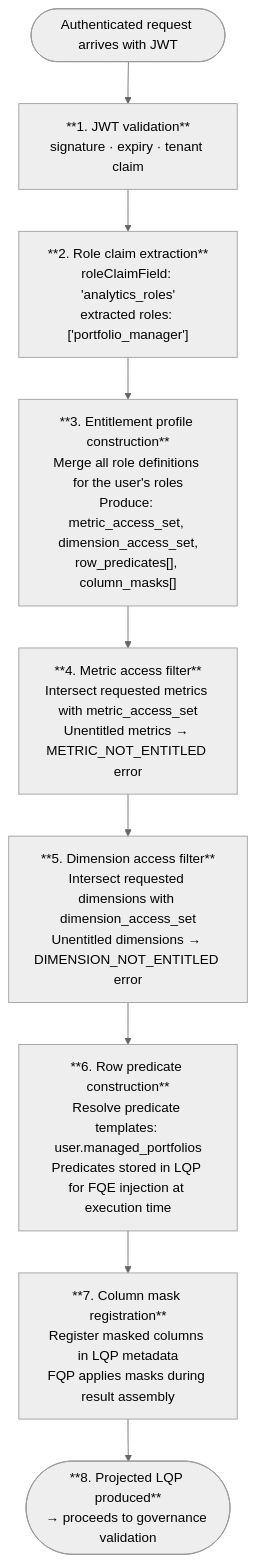
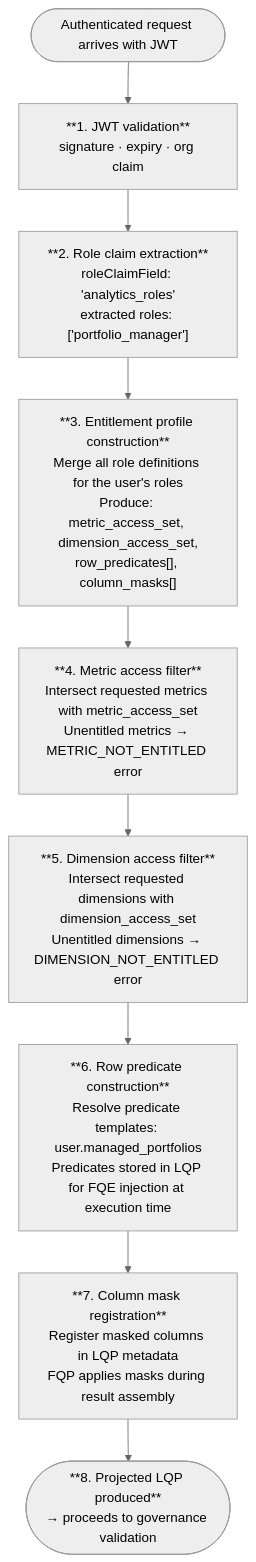
One commit to M-A-Operating-System/shared-work changed the fourth of 6 diagrams in docs/product/analytics/02-core-capabilities.md. Above: the diagram before and after it, drawn with Mermaid (neutral theme). The commit also changed other lines of this file and 6 other files, not shown here.

````diff
--- a/docs/product/analytics/02-core-capabilities.md
+++ b/docs/product/analytics/02-core-capabilities.md
@@ -548,14 +548,14 @@
 ```mermaid
 flowchart TD
     START(["Authenticated request arrives with JWT"])
-    S1["**1. JWT validation**\nsignature · expiry · tenant claim"]
+    S1["**1. JWT validation**\nsignature · expiry · org claim"]
     S2["**2. Role claim extraction**\nroleClaimField: 'analytics_roles'\nextracted roles: ['portfolio_manager']"]
     S3["**3. Entitlement profile construction**\nMerge all role definitions for the user's roles\nProduce: metric_access_set, dimension_access_set,\nrow_predicates[], column_masks[]"]
     S4["**4. Metric access filter**\nIntersect requested metrics with metric_access_set\nUnentitled metrics → METRIC_NOT_ENTITLED error"]
     S5["**5. Dimension access filter**\nIntersect requested dimensions with dimension_access_set\nUnentitled dimensions → DIMENSION_NOT_ENTITLED error"]
     S6["**6. Row predicate construction**\nResolve predicate templates: user.managed_portfolios\nPredicates stored in LQP for FQE injection at execution time"]
     S7["**7. Column mask registration**\nRegister masked columns in LQP metadata\nFQP applies masks during result assembly"]
     S8(["**8. Projected LQP produced**\n→ proceeds to governance validation"])
 
     START --> S1 --> S2 --> S3 --> S4 --> S5 --> S6 --> S7 --> S8
 ```
````
